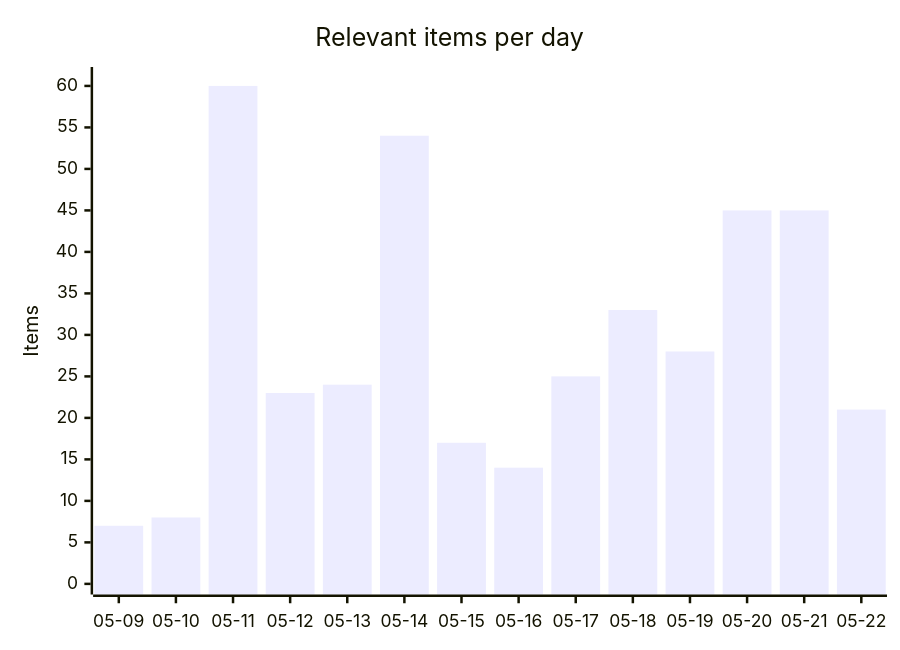
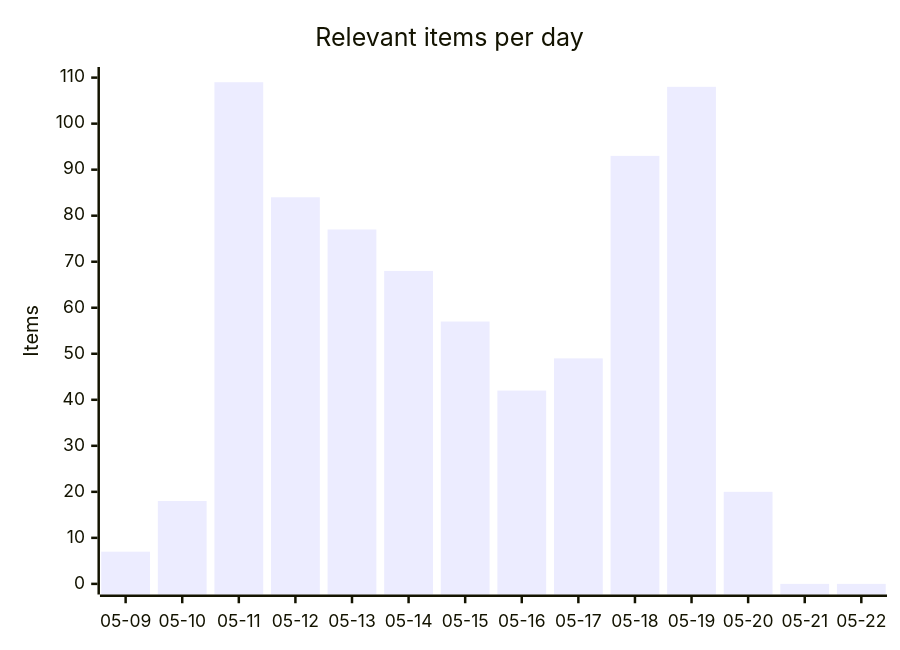
The first of 4 diagrams in README.md (martinbalfanz/social-scanner-reports), drawn with Mermaid before and after one commit. The commit also changed other lines of this file and 2 other files, not shown here.

````diff
--- a/README.md
+++ b/README.md
@@ -30,7 +30,7 @@
 ```mermaid
 xychart-beta
     title "Relevant items per day"
     x-axis ["05-09", "05-10", "05-11", "05-12", "05-13", "05-14", "05-15", "05-16", "05-17", "05-18", "05-19", "05-20", "05-21", "05-22"]
-    y-axis "Items" 0 --> 61
-    bar [7, 8, 60, 23, 24, 54, 17, 14, 25, 33, 28, 45, 45, 21]
+    y-axis "Items" 0 --> 110
+    bar [7, 18, 109, 84, 77, 68, 57, 42, 49, 93, 108, 20, 0, 0]
 ```
````
